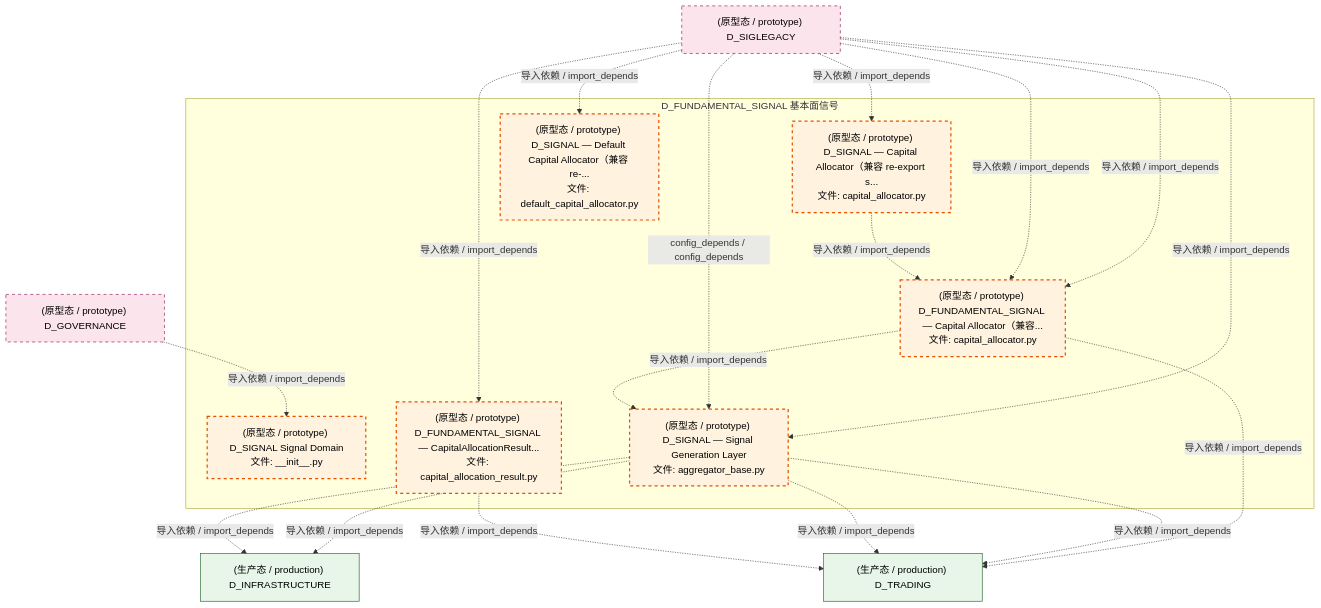
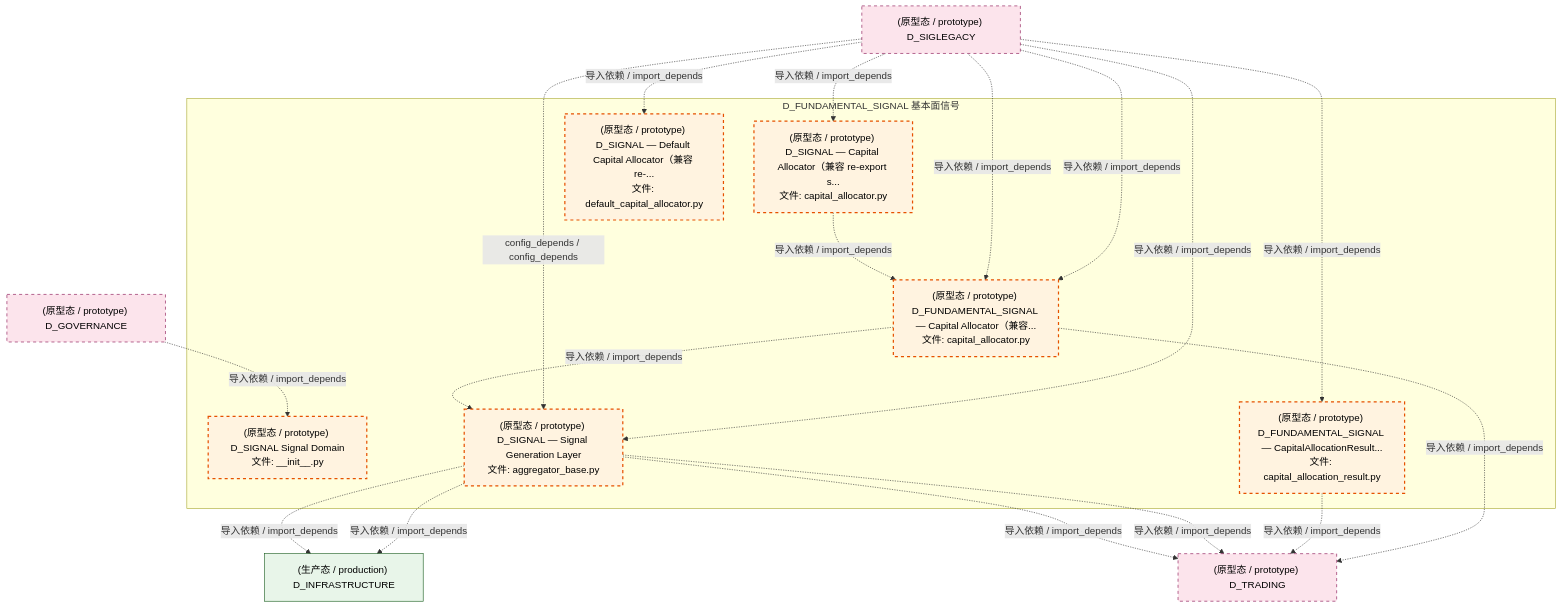
Before and after one commit to xuanFelixVan/ZephyrAlpha: the third of 4 diagrams in docs/02_enterprise_architecture/02_domain_architecture_docs/37_d_fundamental_signal.md, drawn with Mermaid. The commit also changed other lines of this file and 126 other files, not shown here.

````diff
--- a/docs/02_enterprise_architecture/02_domain_architecture_docs/37_d_fundamental_signal.md
+++ b/docs/02_enterprise_architecture/02_domain_architecture_docs/37_d_fundamental_signal.md
@@ -197,38 +197,38 @@
 ```mermaid
 graph TD
     subgraph D_FUNDAMENTAL_SIGNAL["D_FUNDAMENTAL_SIGNAL 基本面信号"]
         src_zephyr_signal_fundamental_init_py["(原型态 / prototype) D_SIGNAL Signal Domain<br/>文件: __init__.py"]
         src_zephyr_signal_fundamental_capital_capital_allocation_result_py["(原型态 / prototype) D_FUNDAMENTAL_SIGNAL — CapitalAllocationResult...<br/>文件: capital_allocation_result.py"]
         src_zephyr_signal_fundamental_capital_capital_allocator_py["(原型态 / prototype) D_SIGNAL — Capital Allocator（兼容 re-export s...<br/>文件: capital_allocator.py"]
         src_zephyr_signal_fundamental_capital_default_capital_allocator_py["(原型态 / prototype) D_SIGNAL — Default Capital Allocator（兼容 re-...<br/>文件: default_capital_allocator.py"]
         src_zephyr_signal_fundamental_gen_aggregator_base_py["(原型态 / prototype) D_SIGNAL — Signal Generation Layer<br/>文件: aggregator_base.py"]
         src_zephyr_signal_fundamental_strategy_capital_allocator_py["(原型态 / prototype) D_FUNDAMENTAL_SIGNAL — Capital Allocator（兼容...<br/>文件: capital_allocator.py"]
     end
     src_zephyr_signal_fundamental_capital_capital_allocator_py -.->|导入依赖 / import_depends| src_zephyr_signal_fundamental_strategy_capital_allocator_py
     src_zephyr_signal_fundamental_strategy_capital_allocator_py -.->|导入依赖 / import_depends| src_zephyr_signal_fundamental_gen_aggregator_base_py
-    D_TRADING["(生产态 / production) D_TRADING"]
-    src_zephyr_signal_fundamental_capital_capital_allocation_result_py -.->|导入依赖 / import_depends| D_TRADING
     D_INFRASTRUCTURE["(生产态 / production) D_INFRASTRUCTURE"]
     src_zephyr_signal_fundamental_gen_aggregator_base_py -.->|导入依赖 / import_depends| D_INFRASTRUCTURE
     src_zephyr_signal_fundamental_gen_aggregator_base_py -.->|导入依赖 / import_depends| D_INFRASTRUCTURE
+    D_TRADING["(原型态 / prototype) D_TRADING"]
     src_zephyr_signal_fundamental_gen_aggregator_base_py -.->|导入依赖 / import_depends| D_TRADING
     src_zephyr_signal_fundamental_gen_aggregator_base_py -.->|导入依赖 / import_depends| D_TRADING
+    src_zephyr_signal_fundamental_capital_capital_allocation_result_py -.->|导入依赖 / import_depends| D_TRADING
     src_zephyr_signal_fundamental_strategy_capital_allocator_py -.->|导入依赖 / import_depends| D_TRADING
     D_SIGLEGACY["(原型态 / prototype) D_SIGLEGACY"]
     D_SIGLEGACY -.->|导入依赖 / import_depends| src_zephyr_signal_fundamental_strategy_capital_allocator_py
     D_SIGLEGACY -.->|config_depends / config_depends| src_zephyr_signal_fundamental_gen_aggregator_base_py
     D_SIGLEGACY -.->|导入依赖 / import_depends| src_zephyr_signal_fundamental_strategy_capital_allocator_py
     D_SIGLEGACY -.->|导入依赖 / import_depends| src_zephyr_signal_fundamental_capital_capital_allocation_result_py
     D_SIGLEGACY -.->|导入依赖 / import_depends| src_zephyr_signal_fundamental_capital_capital_allocator_py
     D_SIGLEGACY -.->|导入依赖 / import_depends| src_zephyr_signal_fundamental_capital_default_capital_allocator_py
     D_GOVERNANCE["(原型态 / prototype) D_GOVERNANCE"]
     D_GOVERNANCE -.->|导入依赖 / import_depends| src_zephyr_signal_fundamental_init_py
     D_SIGLEGACY -.->|导入依赖 / import_depends| src_zephyr_signal_fundamental_gen_aggregator_base_py
     classDef production fill:#e1f5fe,stroke:#01579b,stroke-width:2px,color:#000
     classDef design fill:#fff3e0,stroke:#e65100,stroke-width:2px,color:#000,stroke-dasharray: 5 5
     classDef external_prod fill:#e8f5e9,stroke:#1b5e20,stroke-width:1px,color:#000
     classDef external_design fill:#fce4ec,stroke:#880e4f,stroke-width:1px,color:#000,stroke-dasharray: 5 5
     class src_zephyr_signal_fundamental_init_py,src_zephyr_signal_fundamental_capital_capital_allocation_result_py,src_zephyr_signal_fundamental_capital_capital_allocator_py,src_zephyr_signal_fundamental_capital_default_capital_allocator_py,src_zephyr_signal_fundamental_gen_aggregator_base_py,src_zephyr_signal_fundamental_strategy_capital_allocator_py design
-    class D_TRADING,D_INFRASTRUCTURE external_prod
-    class D_SIGLEGACY,D_GOVERNANCE external_design
+    class D_INFRASTRUCTURE external_prod
+    class D_TRADING,D_SIGLEGACY,D_GOVERNANCE external_design
 ```
````
